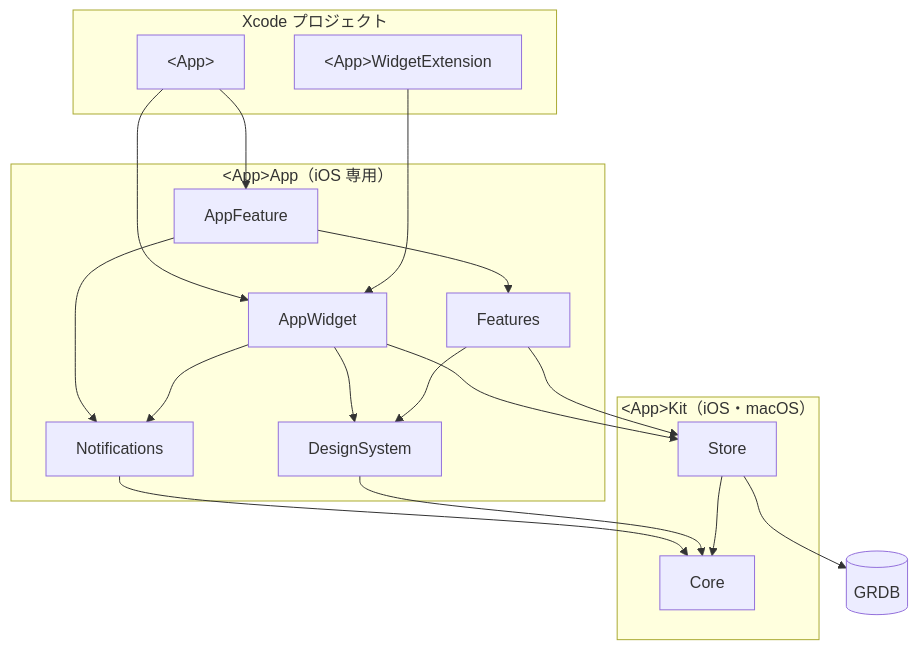
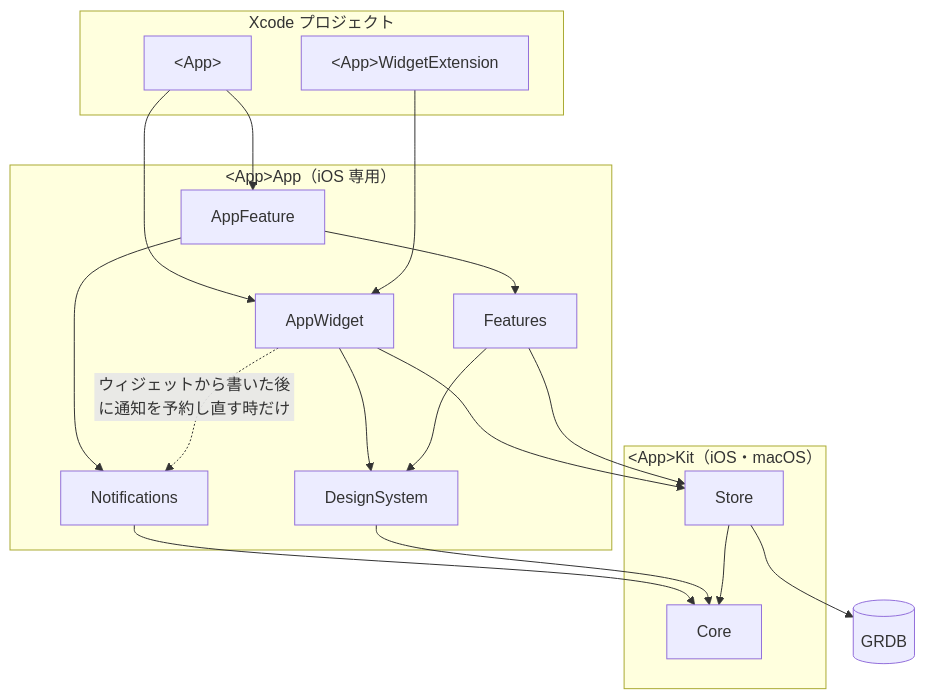
One commit to yossibank/claude-config changed the first of 3 diagrams in docs/architecture-ios.md. Above: the diagram before and after it, drawn with Mermaid. The commit also changed other lines of this file and 8 other files, not shown here.

````diff
--- a/docs/architecture-ios.md
+++ b/docs/architecture-ios.md
@@ -19,34 +19,34 @@
 ```mermaid
 flowchart TB
     subgraph xcode["Xcode プロジェクト"]
         App["&lt;App&gt;"]
         Widget["&lt;App&gt;WidgetExtension"]
     end
     subgraph app["&lt;App&gt;App（iOS 専用）"]
         AppFeature
         AppWidget
         Features
         Notifications
         DesignSystem
     end
     subgraph kit["&lt;App&gt;Kit（iOS・macOS）"]
         Store
         Core
     end
     GRDB[("GRDB")]
 
     App --> AppFeature
     App --> AppWidget
     Widget --> AppWidget
     AppFeature --> Features
     AppFeature --> Notifications
-    AppWidget --> Notifications
+    AppWidget -.->|ウィジェットから書いた後に通知を予約し直す時だけ| Notifications
     AppWidget --> Store
     AppWidget --> DesignSystem
     Features --> Store
     Features --> DesignSystem
     Notifications --> Core
     DesignSystem --> Core
     Store --> Core
     Store --> GRDB
 ```
````
